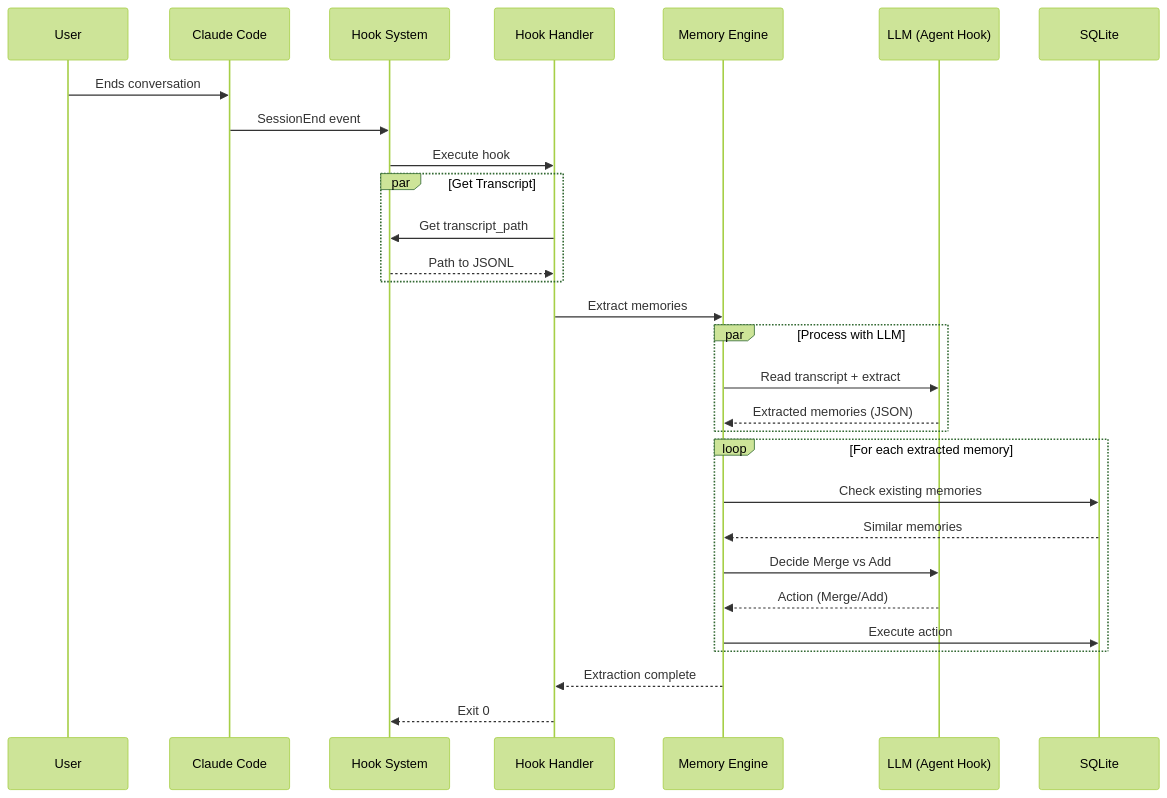
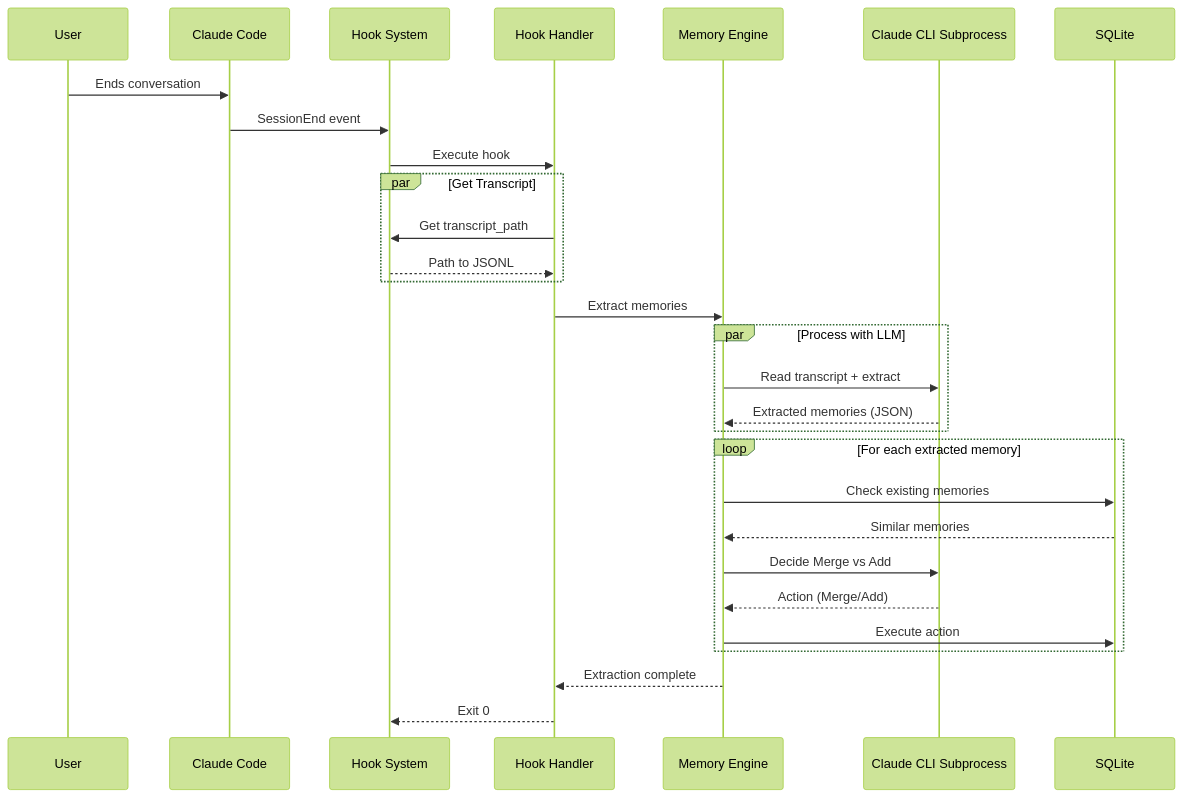
Before and after one commit to SkrOYC/cc-rmm: the third of 5 diagrams in docs/Architecture.md, drawn with Mermaid (forest theme). The commit also changed other lines of this file and 4 other files, not shown here.

````diff
--- a/docs/Architecture.md
+++ b/docs/Architecture.md
@@ -129,39 +139,39 @@
 ```mermaid
 sequenceDiagram
     participant User
     participant Claude as Claude Code
     participant Hooks as Hook System
     participant Handler as Hook Handler
     participant Engine as Memory Engine
-    participant LLM as LLM (Agent Hook)
+    participant LLM as Claude CLI Subprocess
     participant SQLite as SQLite
 
     User->>Claude: Ends conversation
     Claude->>Hooks: SessionEnd event
     Hooks->>Handler: Execute hook
 
     par Get Transcript
         Handler->>Hooks: Get transcript_path
         Hooks-->>Handler: Path to JSONL
     end
 
     Handler->>Engine: Extract memories
 
     par Process with LLM
         Engine->>LLM: Read transcript + extract
         LLM-->>Engine: Extracted memories (JSON)
     end
 
     loop For each extracted memory
         Engine->>SQLite: Check existing memories
         SQLite-->>Engine: Similar memories
 
         Engine->>LLM: Decide Merge vs Add
         LLM-->>Engine: Action (Merge/Add)
 
         Engine->>SQLite: Execute action
     end
 
     Engine-->>Handler: Extraction complete
     Handler-->>Hooks: Exit 0
 ```
````
